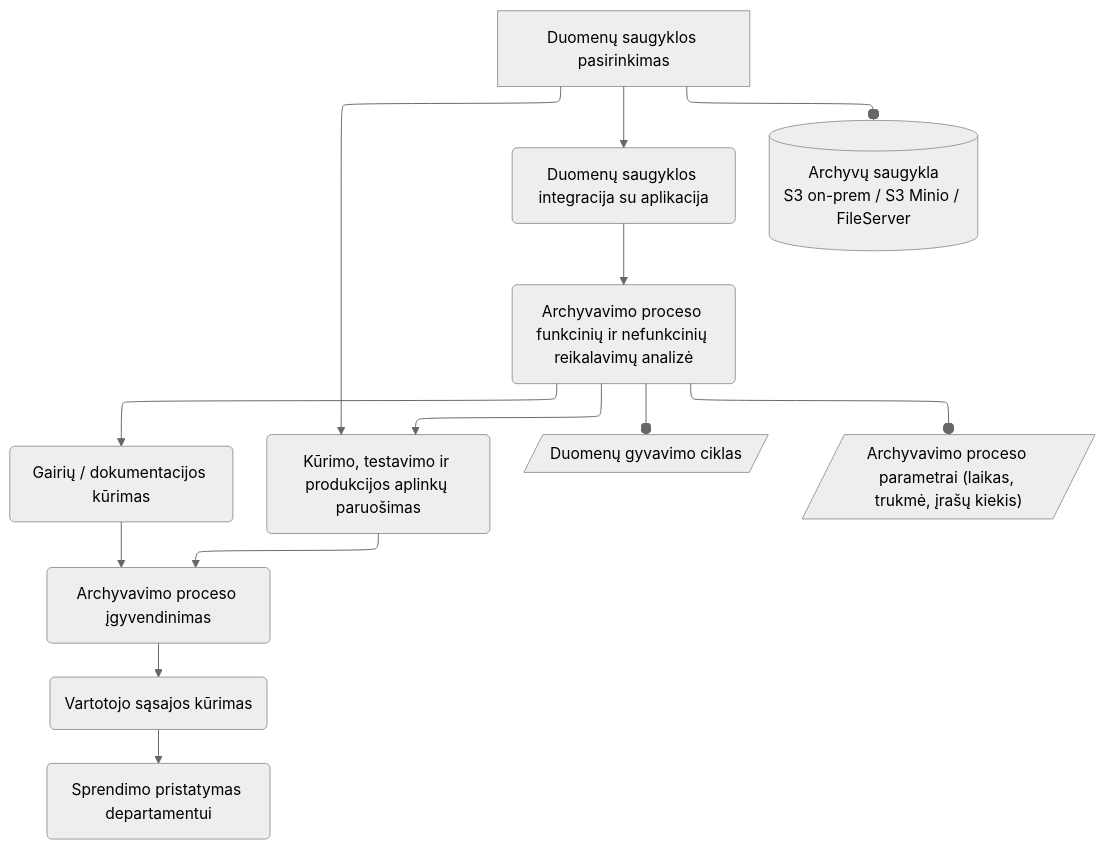
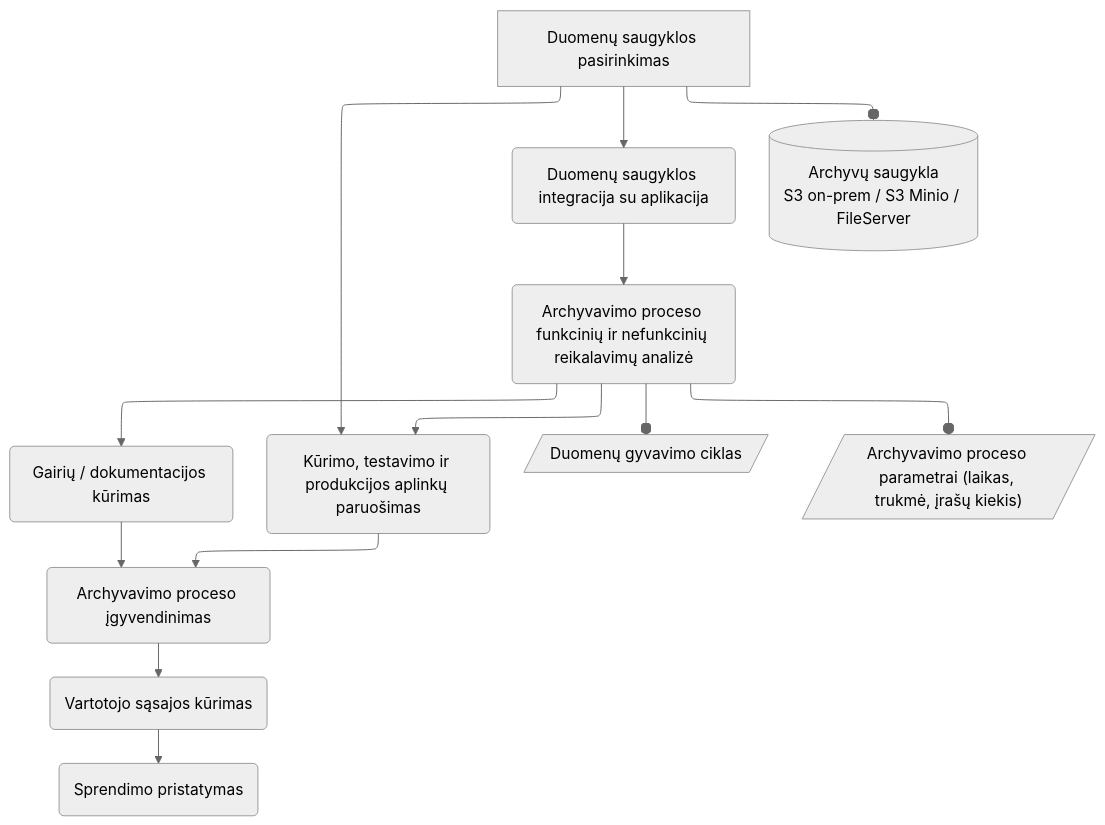
One commit to onlyidev/bachelor.practice changed the diagram in diagrams/plan.mmd. Above: the diagram before and after it, drawn with Mermaid (neutral theme). The commit also changed 4 other files, not shown here.

```diff
--- a/diagrams/plan.mmd
+++ b/diagrams/plan.mmd
@@ -1,22 +1,22 @@
 ---
 config:
   layout: elk
 ---
 flowchart TD
 analysis["Duomenų saugyklos pasirinkimas"]
 guidelines("Gairių / dokumentacijos kūrimas")
 integrate("Duomenų saugyklos integracija su aplikacija")
 requirements("Archyvavimo proceso funkcinių ir nefunkcinių reikalavimų analizė")
 env("Kūrimo, testavimo ir produkcijos aplinkų paruošimas")
 process("Archyvavimo proceso įgyvendinimas")
 gui("Vartotojo sąsajos kūrimas")
-presentation("Sprendimo pristatymas departamentui")
+presentation("Sprendimo pristatymas")
 
 requirements --o data[/"Duomenų gyvavimo ciklas"/]
 requirements --o nfr[/"Archyvavimo proceso parametrai (laikas, trukmė, įrašų kiekis)"/]
 analysis --o db[("Archyvų saugykla
 S3 on-prem / S3 Minio / FileServer")]
 
 analysis --> integrate & env
 integrate --> requirements
 requirements --> guidelines & env --> process --> gui --> presentation
```
